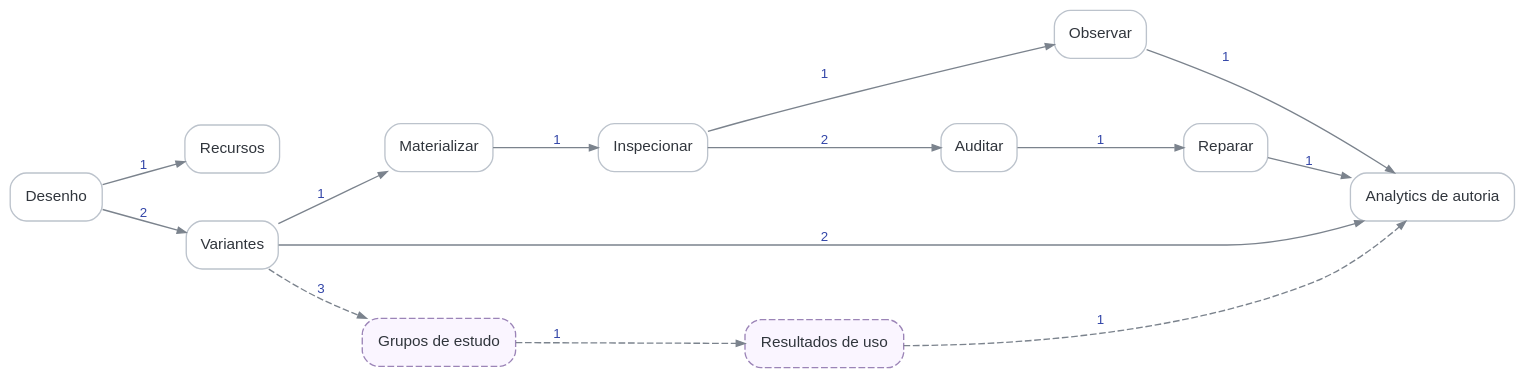
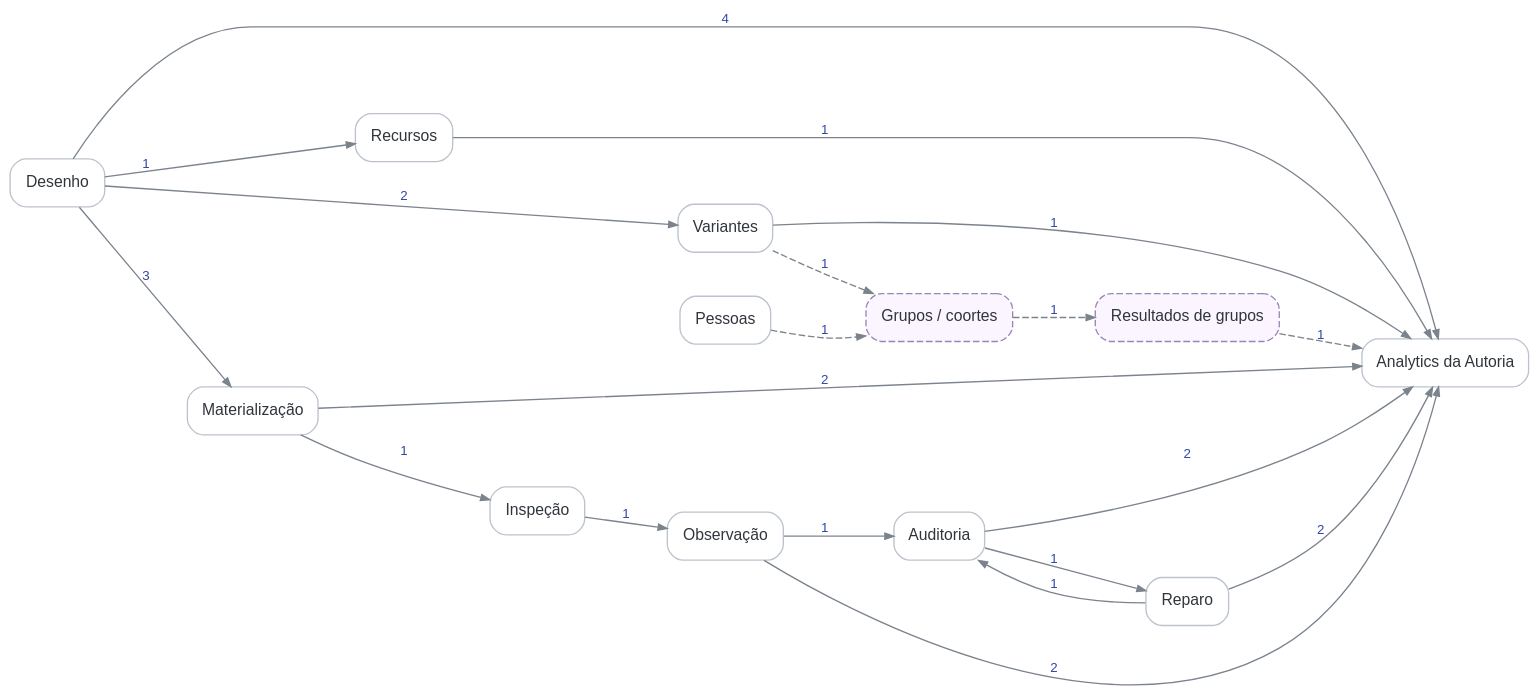
Before and after one commit to fabio-ara/AraLearn: the diagram in ux-atlas/graphs/research.dot, drawn with Graphviz. The commit also changed 29 other files, not shown here.

```diff
--- a/ux-atlas/graphs/research.dot
+++ b/ux-atlas/graphs/research.dot
@@ -1,31 +1,38 @@
 digraph G {
-  graph [bgcolor="transparent", rankdir=LR, pad="0.2", nodesep="0.5", ranksep="0.78", splines="spline"];
-  node [shape=box, style="rounded,filled", fillcolor="#ffffff", color="#bcc3cc", fontcolor="#30353c", fontname="Arial", fontsize=11.5, margin="0.14,0.085"];
-  edge [color="#7b838d", fontcolor="#3346a8", fontname="Arial", fontsize=10, arrowsize=0.65];
+  graph [bgcolor="transparent", rankdir=LR, pad="0.23", nodesep="0.46", ranksep="0.76", splines="spline"];
+  node [shape=box, style="rounded,filled", fillcolor="#ffffff", color="#bcc3cc", fontcolor="#30353c", fontname="Arial", fontsize=11.8, margin="0.15,0.09"];
+  edge [color="#7b838d", fontcolor="#3346a8", fontname="Arial", fontsize=10, arrowsize=0.67];
 
   design [label="Desenho"];
   resource_policy [label="Recursos"];
   variants [label="Variantes"];
-  materialization [label="Materializar"];
-  inspection [label="Inspecionar"];
-  author_observation [label="Observar"];
-  audit [label="Auditar"];
-  correction [label="Reparar"];
-  analytics [label="Analytics de autoria"];
-  future_groups [label="Grupos de estudo", style="rounded,dashed,filled", fillcolor="#faf5ff", color="#9b84b7", class="future"];
-  future_outcomes [label="Resultados de uso", style="rounded,dashed,filled", fillcolor="#faf5ff", color="#9b84b7", class="future"];
+  materialization [label="Materialização"];
+  inspection [label="Inspeção"];
+  author_observation [label="Observação"];
+  audit [label="Auditoria"];
+  correction [label="Reparo"];
+  analytics [label="Analytics da Autoria"];
+  people [label="Pessoas"];
+  future_groups [label="Grupos / coortes", style="rounded,dashed,filled", fillcolor="#faf5ff", color="#9b84b7", class="future"];
+  future_outcomes [label="Resultados de grupos", style="rounded,dashed,filled", fillcolor="#faf5ff", color="#9b84b7", class="future"];
 
   design -> resource_policy [label="1"];
   design -> variants [label="2"];
-  variants -> materialization [label="1"];
+  design -> materialization [label="3"];
   materialization -> inspection [label="1"];
   inspection -> author_observation [label="1"];
-  inspection -> audit [label="2"];
+  author_observation -> audit [label="1"];
   audit -> correction [label="1"];
-  author_observation -> analytics [label="1"];
-  correction -> analytics [label="1"];
-  variants -> analytics [label="2"];
-  variants -> future_groups [label="3", style=dashed, class="future"];
+  correction -> audit [label="1"];
+  design -> analytics [label="4"];
+  resource_policy -> analytics [label="1"];
+  variants -> analytics [label="1"];
+  materialization -> analytics [label="2"];
+  author_observation -> analytics [label="2"];
+  audit -> analytics [label="2"];
+  correction -> analytics [label="2"];
+  people -> future_groups [label="1", style=dashed, class="future"];
+  variants -> future_groups [label="1", style=dashed, class="future"];
   future_groups -> future_outcomes [label="1", style=dashed, class="future"];
   future_outcomes -> analytics [label="1", style=dashed, class="future"];
 }
```
